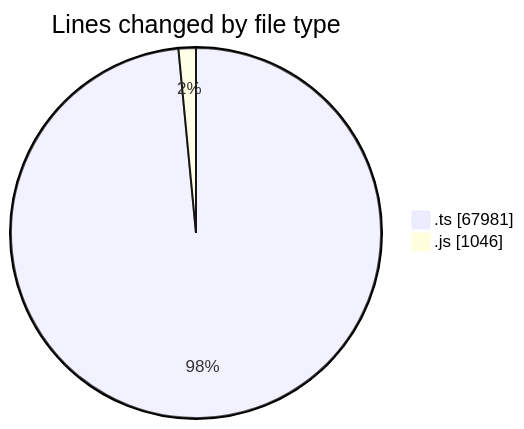
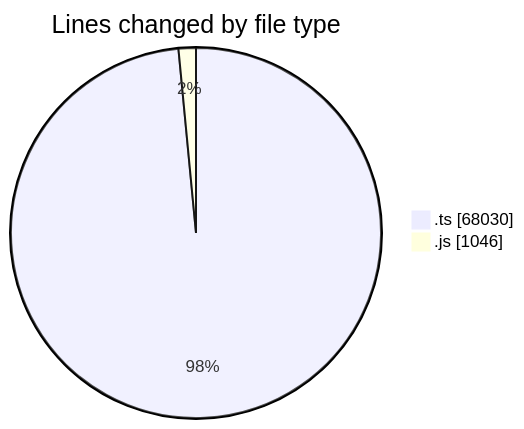
One commit to momahboobian/code-tracking changed the first of 2 diagrams in 2025-09-29/cda/README.md. Above: the diagram before and after it, drawn with Mermaid. The commit also changed other lines of this file and 1 other file, not shown here.

````diff
--- a/2025-09-29/cda/README.md
+++ b/2025-09-29/cda/README.md
@@ -28,6 +28,6 @@
 ```mermaid
 pie showData
 title Lines changed by file type
-".ts" : 67981
+".ts" : 68030
 ".js" : 1046
 ```
````
